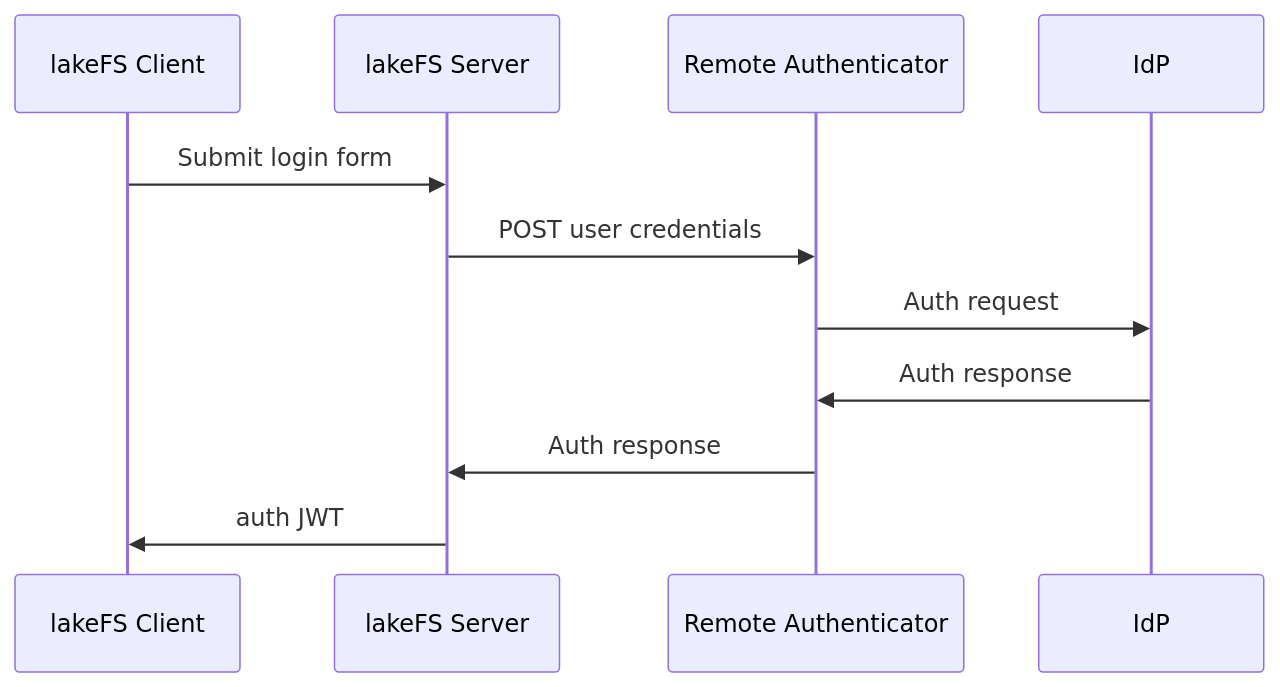
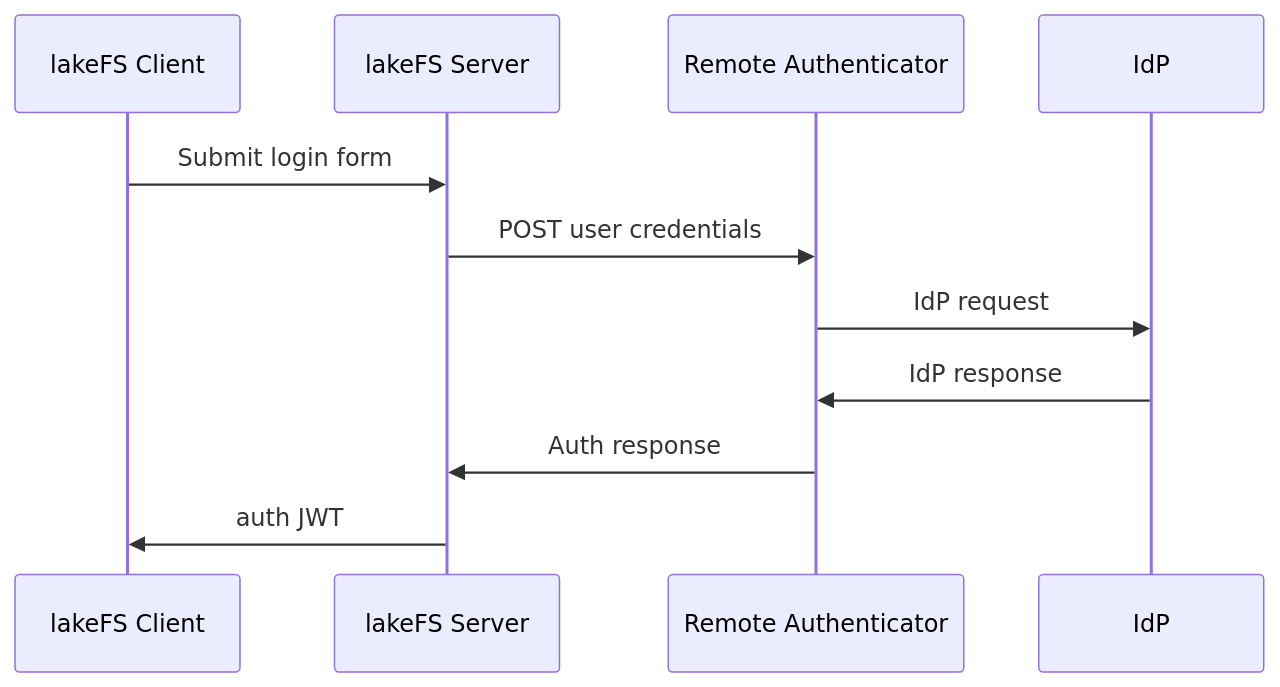
The diagram in docs/reference/remote-authenticator.md (treeverse/lakeFS), drawn with Mermaid before and after one commit. The commit also changed other lines of this file, not shown here.

````diff
--- a/docs/reference/remote-authenticator.md
+++ b/docs/reference/remote-authenticator.md
@@ -18,13 +18,13 @@
 ```mermaid
 sequenceDiagram
     participant A as lakeFS Client
     participant B as lakeFS Server
     participant C as Remote Authenticator
     participant D as IdP
     A->>B: Submit login form
     B->>C: POST user credentials
-    C->>D: Auth request
-    D->>C: Auth response
+    C->>D: IdP request
+    D->>C: IdP response
     C->>B: Auth response
     B->>A: auth JWT
 ```
````
